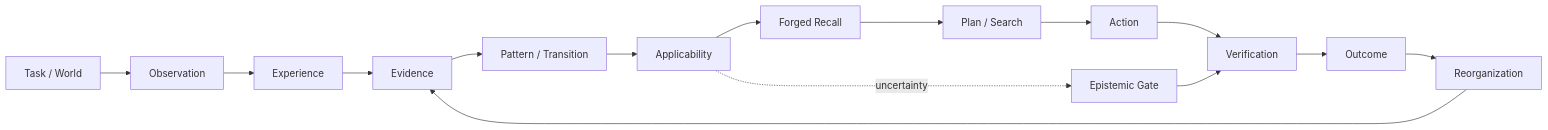
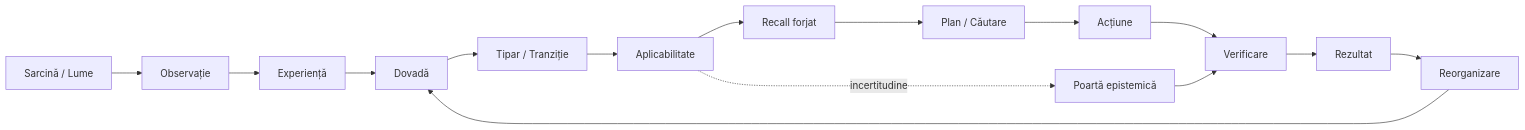
The first of 2 diagrams in README.md (userist123/AI_Memory_Vault_CODEX_READY), drawn with Mermaid before and after one commit. The commit also changed other lines of this file and 1 other file, not shown here.

````diff
--- a/README.md
+++ b/README.md
@@ -62,17 +66,17 @@
 ```mermaid
 flowchart LR
-    T[Task / World] --> O[Observation]
-    O --> E[Experience]
-    E --> EV[Evidence]
-    EV --> P[Pattern / Transition]
-    P --> A[Applicability]
-    A --> F[Forged Recall]
-    F --> PL[Plan / Search]
-    PL --> X[Action]
-    X --> V[Verification]
-    V --> R[Outcome]
-    R --> RE[Reorganization]
+    T[Sarcină / Lume] --> O[Observație]
+    O --> E[Experiență]
+    E --> EV[Dovadă]
+    EV --> P[Tipar / Tranziție]
+    P --> A[Aplicabilitate]
+    A --> F[Recall forjat]
+    F --> PL[Plan / Căutare]
+    PL --> X[Acțiune]
+    X --> V[Verificare]
+    V --> R[Rezultat]
+    R --> RE[Reorganizare]
     RE --> EV
-    A -. uncertainty .-> G[Epistemic Gate]
+    A -. incertitudine .-> G[Poartă epistemică]
     G --> V
 ```
````
